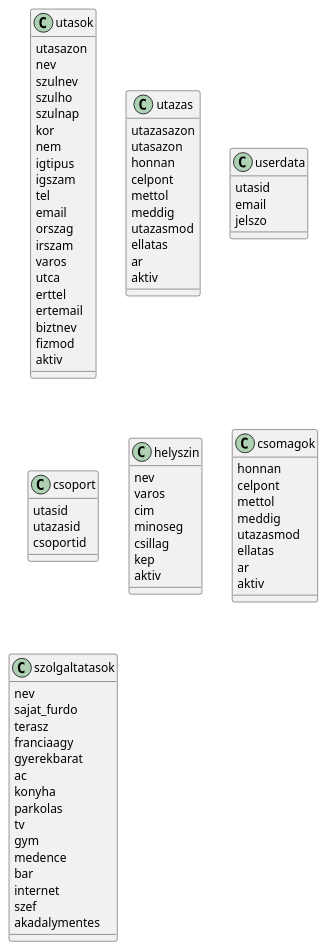
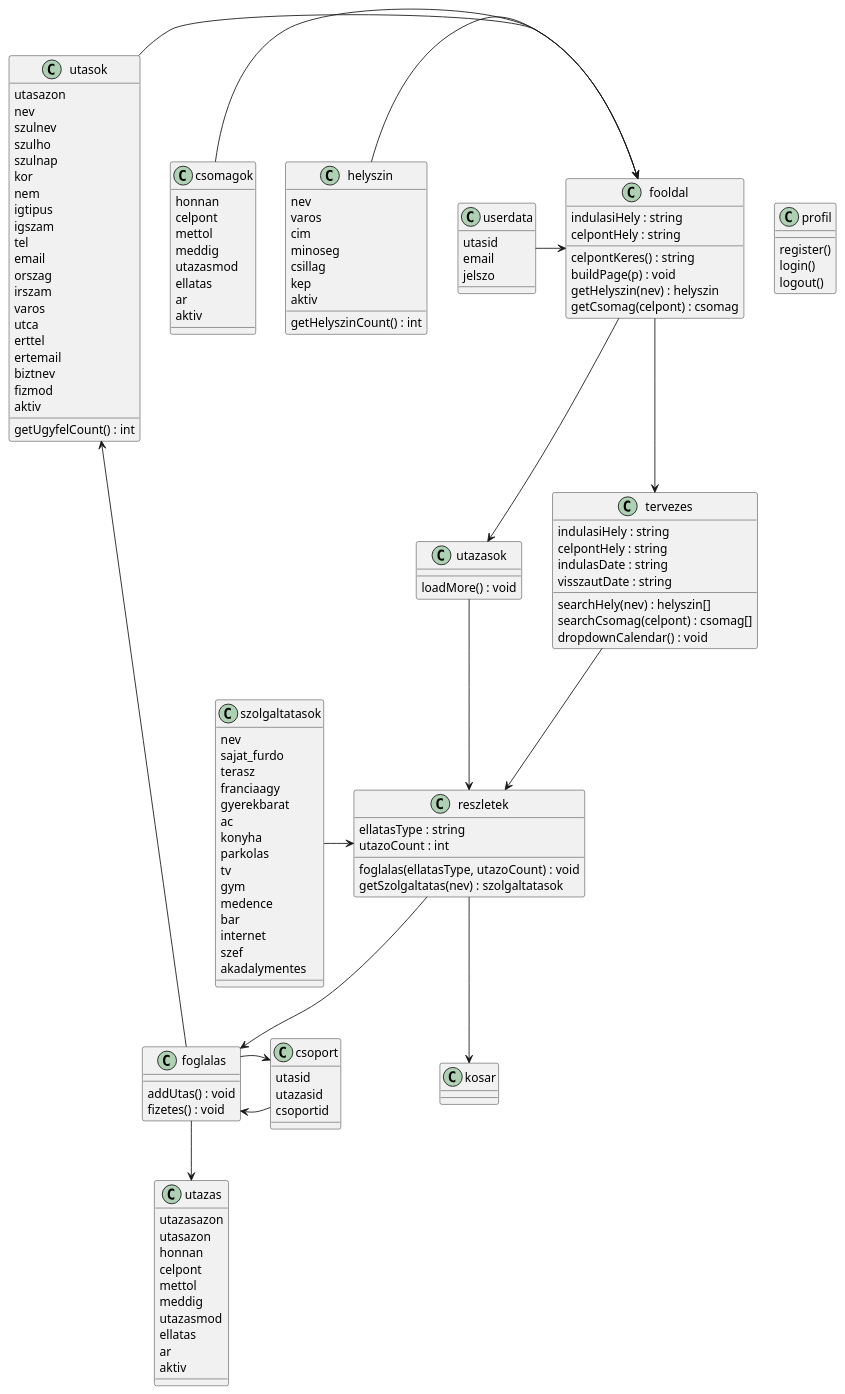
One commit to PeacefulAvocado/JourneyMasters changed the diagram in main.puml. Above: the diagram before and after it, drawn with PlantUML. The commit also changed 3 other files, not shown here.

```diff
--- a/main.puml
+++ b/main.puml
@@ -1,97 +1,160 @@
 @startuml main
 
 
 class utasok{
     utasazon
     nev
     szulnev
     szulho
     szulnap
     kor
     nem
     igtipus
     igszam
     tel
     email
     orszag
     irszam
     varos
     utca
     erttel
     ertemail
     biztnev
     fizmod
     aktiv
+    getUgyfelCount() : int
 
 }
 
 class utazas{
     utazasazon
     utasazon
     honnan
     celpont
     mettol
     meddig
     utazasmod
     ellatas
     ar
     aktiv
 
 }
 
 class userdata {
     utasid
     email
     jelszo
 }
 
 class csoport{
     utasid
     utazasid
     csoportid
 }
 
 class helyszin {
     nev
     varos
     cim
     minoseg
     csillag
     kep
     aktiv
+    getHelyszinCount() : int
 }
 
 class csomagok {
     honnan
     celpont
     mettol
     meddig
     utazasmod
     ellatas
     ar
     aktiv
 }
 
 class szolgaltatasok {
     nev
     sajat_furdo
     terasz
     franciaagy
     gyerekbarat
     ac
     konyha
     parkolas
     tv
     gym
     medence
     bar
     internet
     szef
     akadalymentes
 }
 
 
+class fooldal {
+    indulasiHely : string
+    celpontHely : string
+    celpontKeres() : string
+    buildPage(p) : void
+    getHelyszin(nev) : helyszin
+    getCsomag(celpont) : csomag
+}
+
+class utazasok{
+    
+    loadMore() : void
+}
+class profil {
+register()
+    login()
+    logout()
+}
+
+class tervezes {
+    indulasiHely : string
+    celpontHely : string
+    indulasDate : string
+    visszautDate : string
+    searchHely(nev) : helyszin[]
+    searchCsomag(celpont) : csomag[]
+    dropdownCalendar() : void
+
+}
+
+class reszletek {
+    ellatasType : string
+    utazoCount : int
+    foglalas(ellatasType, utazoCount) : void
+    getSzolgaltatas(nev) : szolgaltatasok
+}
+
+class foglalas {
+    addUtas() : void
+    fizetes() : void
+}
 
 
+fooldal <-left- utasok
+fooldal <-left- userdata
+fooldal <-left- helyszin
+fooldal <-left- csomagok
 
+fooldal --> tervezes
+fooldal --> utazasok
+
+utazasok --> reszletek
+tervezes --> reszletek
+
+reszletek --> kosar
+reszletek --> foglalas
+
+
+reszletek <-left- szolgaltatasok
+foglalas <-left- csoport
+
+foglalas --> utazas
+foglalas --> csoport
+foglalas -up-> utasok
 @enduml
```
